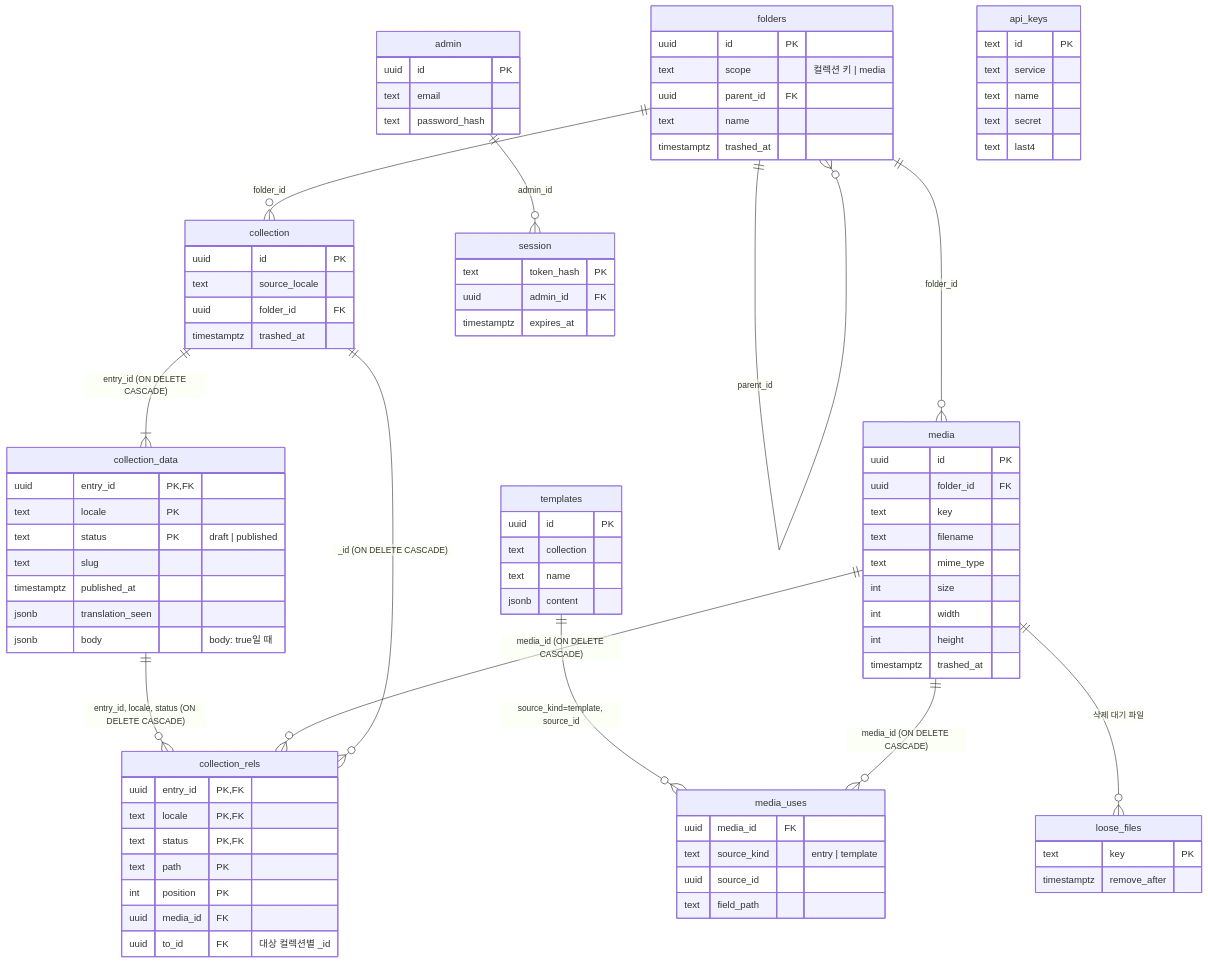
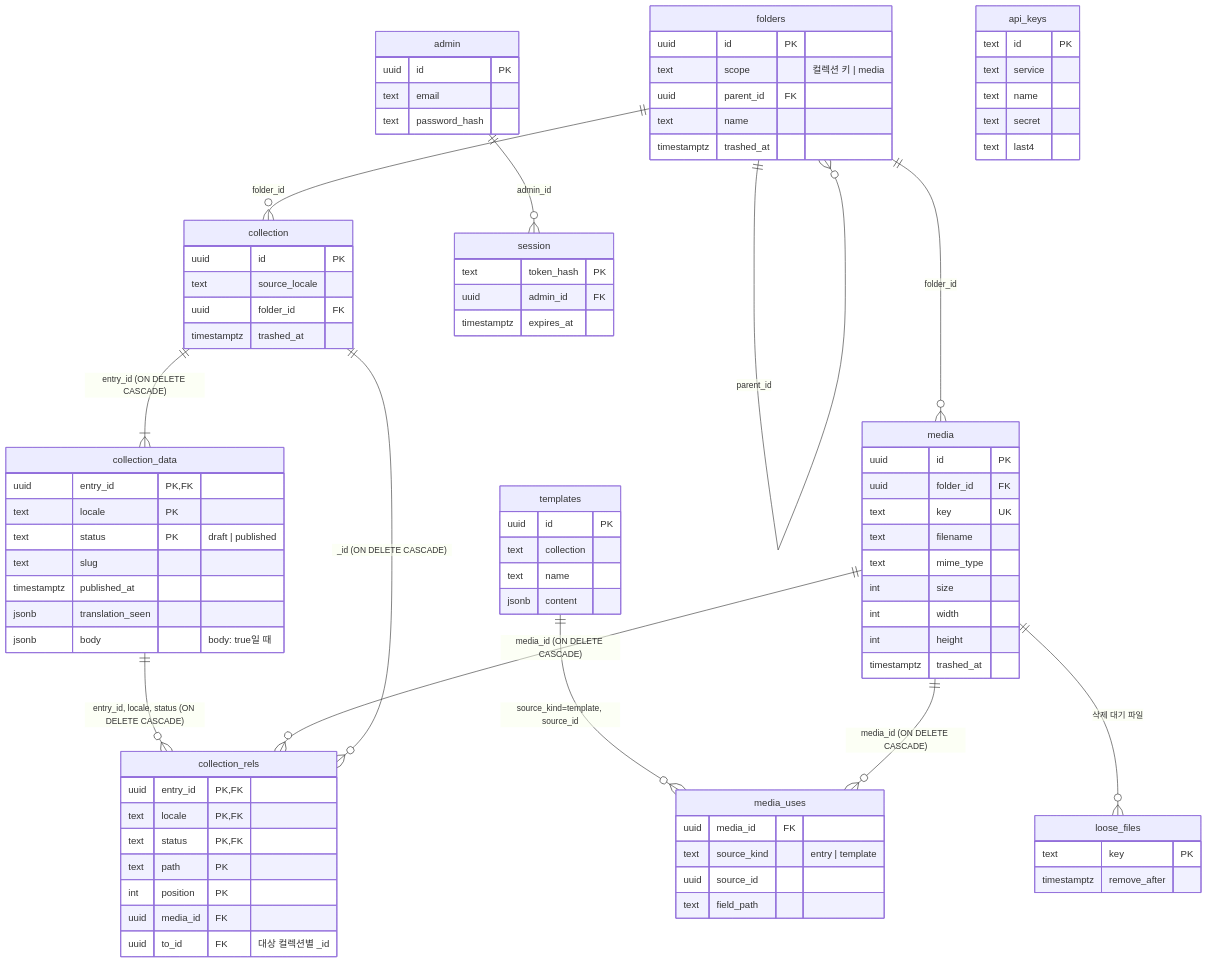
Before and after one commit to monti-cms/monti: the second of 2 diagrams in docs/refactor/core.md, drawn with Mermaid. The commit also changed other lines of this file and 4 other files, not shown here.

```diff
--- a/docs/refactor/core.md
+++ b/docs/refactor/core.md
@@ -257,7 +257,7 @@
   media {
     uuid id PK
     uuid folder_id FK
-    text key
+    text key UK
     text filename
     text mime_type
     int size
```
